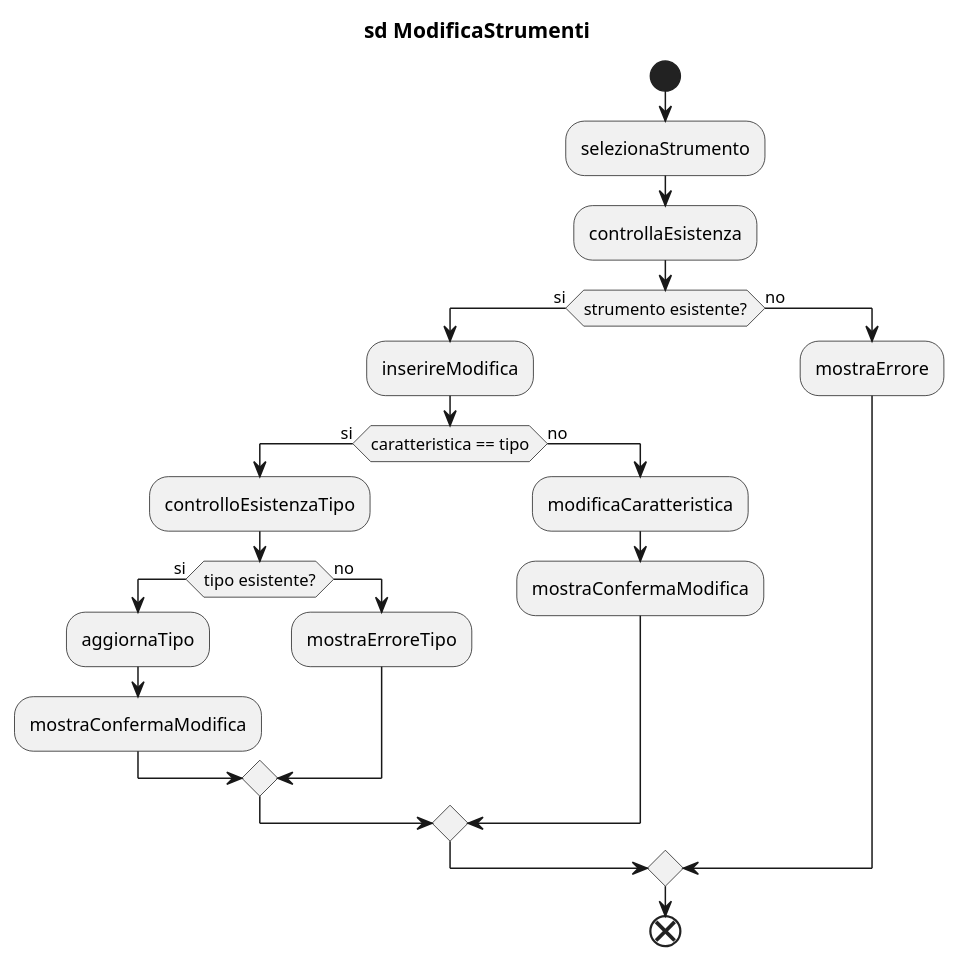
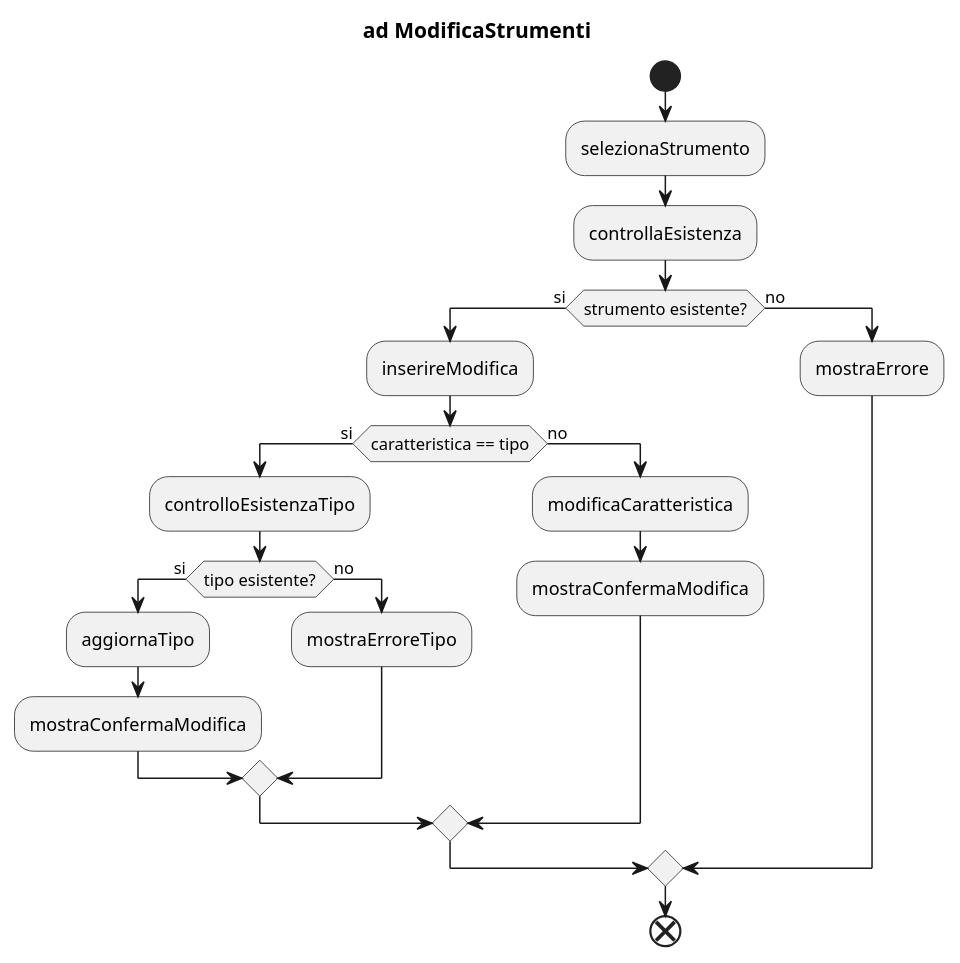
One commit to sprinja/Progetto_Shop_Strumenti_Musicali changed the diagram in uml/Diagrammi di attività/Diagrammadiattivita_Modifica.puml. Above: the diagram before and after it, drawn with PlantUML. The commit also changed 16 other files, not shown here.

```diff
--- a/uml/Diagrammi di attività/Diagrammadiattivita_Modifica.puml
+++ b/uml/Diagrammi di attività/Diagrammadiattivita_Modifica.puml
@@ -1,25 +1,25 @@
 @startuml
-title sd ModificaStrumenti
+title ad ModificaStrumenti
 
 start
 :selezionaStrumento;
 :controllaEsistenza;
 if (strumento esistente?) then (si)
     :inserireModifica;
     if (caratteristica == tipo) then (si)
         :controlloEsistenzaTipo;
         if (tipo esistente?) then (si)
             :aggiornaTipo;
             :mostraConfermaModifica;
         else (no)
             :mostraErroreTipo;
         endif
     else (no)
         :modificaCaratteristica;
         :mostraConfermaModifica;
     endif
 else (no)
     :mostraErrore;
 endif   
 end
 @enduml
```
